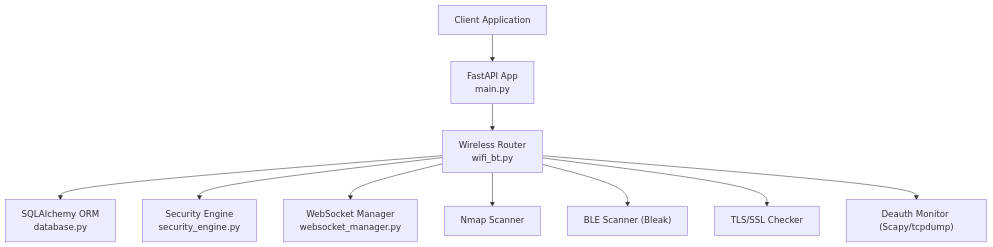
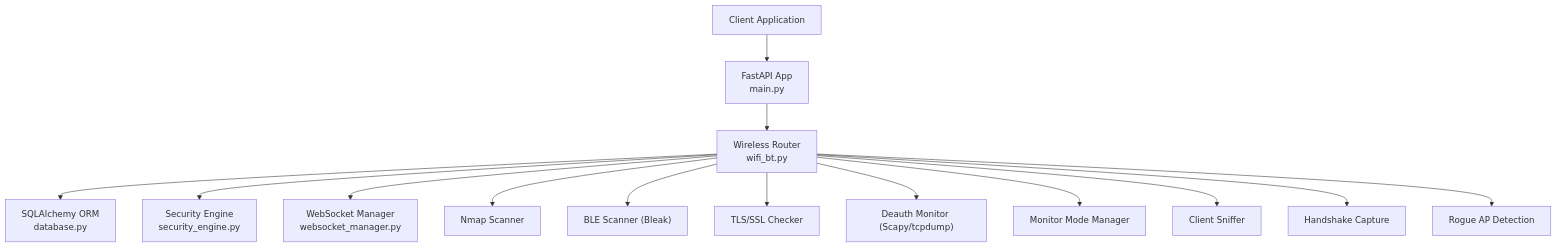
Before and after one commit to MohandWaleed3/PentexOne: the first of 8 diagrams in .qoder/repowiki/en/content/API Reference/WiFi & Bluetooth API.md, drawn with Mermaid. The commit also changed other lines of this file and 5 other files, not shown here.

````diff
--- a/.qoder/repowiki/en/content/API Reference/WiFi & Bluetooth API.md
+++ b/.qoder/repowiki/en/content/API Reference/WiFi & Bluetooth API.md
@@ -41,12 +55,16 @@
 ```mermaid
 graph TB
 Client["Client Application"] --> API["FastAPI App<br/>main.py"]
 API --> Router["Wireless Router<br/>wifi_bt.py"]
 Router --> DB["SQLAlchemy ORM<br/>database.py"]
 Router --> Sec["Security Engine<br/>security_engine.py"]
 Router --> WS["WebSocket Manager<br/>websocket_manager.py"]
 Router --> NMAP["Nmap Scanner"]
 Router --> BLE["BLE Scanner (Bleak)"]
 Router --> TLS["TLS/SSL Checker"]
 Router --> DEAUTH["Deauth Monitor (Scapy/tcpdump)"]
+Router --> MONITOR["Monitor Mode Manager"]
+Router --> SNIFFER["Client Sniffer"]
+Router --> HANDSHAKE["Handshake Capture"]
+Router --> ROGUE["Rogue AP Detection"]
 ```
````
